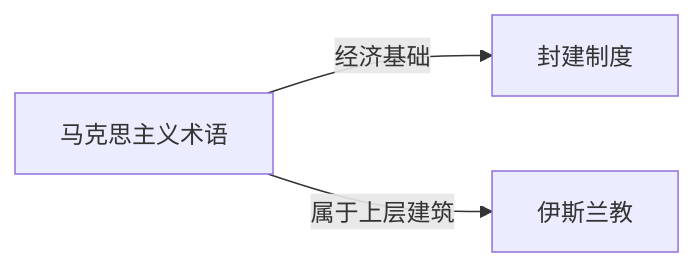
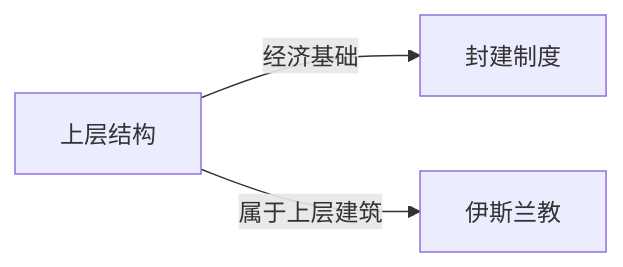
Before and after one commit to KIMMCHOW/MyKnowledge: the diagram in Knowledge/Concepts/哲学/上层结构.md, drawn with Mermaid. The commit also changed 96 other files, not shown here.

Commit message:
fix: 修复概念页关系图节点并补齐缺失关联

````diff
--- a/Knowledge/Concepts/哲学/上层结构.md
+++ b/Knowledge/Concepts/哲学/上层结构.md
@@ -41,5 +41,5 @@
 ```mermaid
 graph LR
-    马克思主义术语 -->|经济基础| 封建制度
-    马克思主义术语 -->|属于上层建筑| 伊斯兰教
+上层结构 -->|经济基础| 封建制度
+上层结构 -->|属于上层建筑| 伊斯兰教
 ```
````
